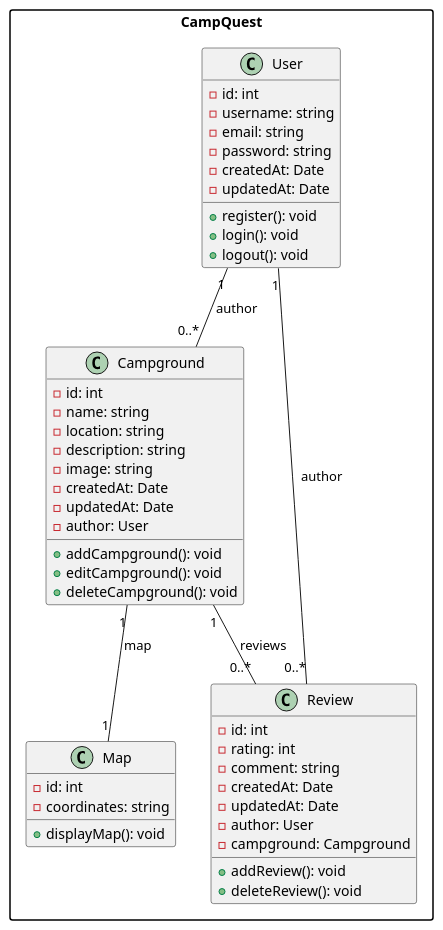
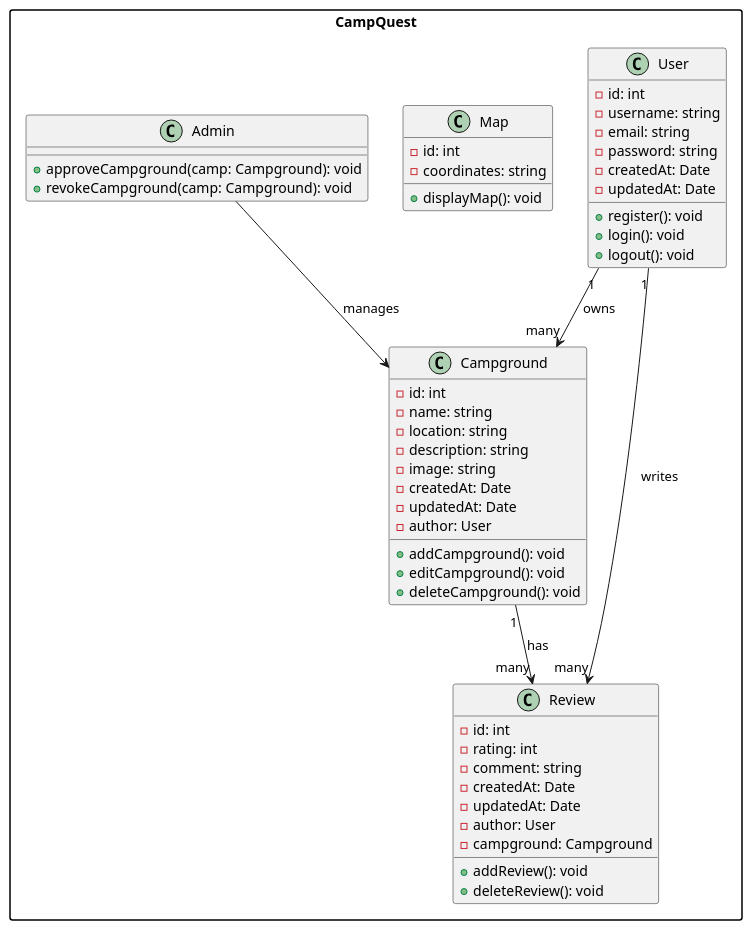
One commit to Sushant0412/CampQuest changed the diagram in campquest.pu. Above: the diagram before and after it, drawn with PlantUML.

Commit message:
updated uml

```diff
--- a/campquest.pu
+++ b/campquest.pu
@@ -1,56 +1,61 @@
 @startuml
 skinparam packageStyle rectangle
 
 package "CampQuest" {
     class User {
         - id: int
         - username: string
         - email: string
         - password: string
         - createdAt: Date
         - updatedAt: Date
         + register(): void
         + login(): void
         + logout(): void
     }
 
     class Campground {
         - id: int
         - name: string
         - location: string
         - description: string
         - image: string
         - createdAt: Date
         - updatedAt: Date
         - author: User
         + addCampground(): void
         + editCampground(): void
         + deleteCampground(): void
     }
 
     class Review {
         - id: int
         - rating: int
         - comment: string
         - createdAt: Date
         - updatedAt: Date
         - author: User
         - campground: Campground
         + addReview(): void
         + deleteReview(): void
     }
 
     class Map {
         - id: int
         - coordinates: string
         + displayMap(): void
     }
 
+    class Admin {
+        +approveCampground(camp: Campground): void
+        +revokeCampground(camp: Campground): void
+    }
 
-    User "1" -- "0..*" Campground : author
-    Campground "1" -- "0..*" Review : reviews
-    User "1" -- "0..*" Review : author
-    Campground "1" -- "1" Map : map
+    User "1" --> "many" Campground : owns
+    User "1" --> "many" Review : writes
+    Campground "1" --> "many" Review : has
+    Admin --> Campground : manages
+
 }
 
 @enduml
```
